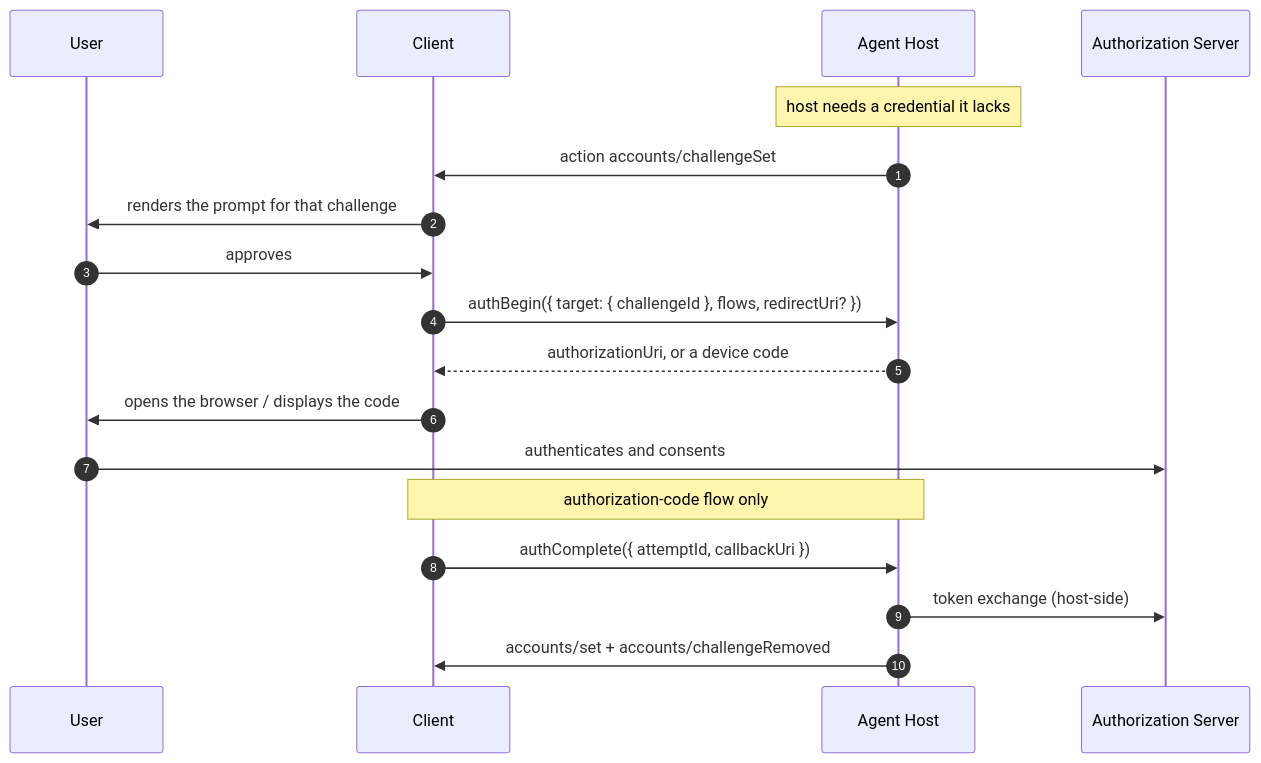
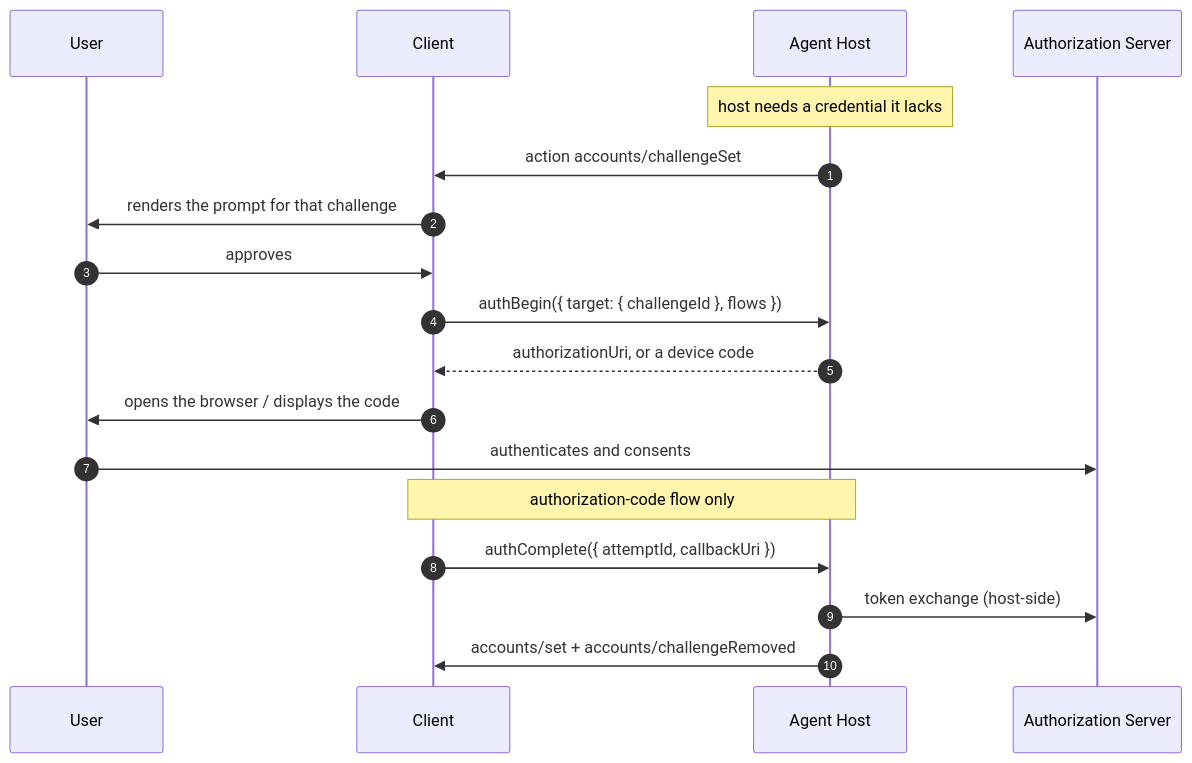
One commit to microsoft/agent-host-protocol changed the first of 4 diagrams in docs/proposals/host-owned-auth.md. Above: the diagram before and after it, drawn with Mermaid. The commit also changed other lines of this file, not shown here.

````diff
--- a/docs/proposals/host-owned-auth.md
+++ b/docs/proposals/host-owned-auth.md
@@ -196,21 +196,21 @@
 ```mermaid
 sequenceDiagram
     autonumber
     participant U as User
     participant C as Client
     participant H as Agent Host
     participant AS as Authorization Server
 
     Note over H: host needs a credential it lacks
     H->>C: action accounts/challengeSet
     C->>U: renders the prompt for that challenge
     U->>C: approves
-    C->>H: authBegin({ target: { challengeId }, flows, redirectUri? })
+    C->>H: authBegin({ target: { challengeId }, flows })
     H-->>C: authorizationUri, or a device code
     C->>U: opens the browser / displays the code
     U->>AS: authenticates and consents
     Note over C,H: authorization-code flow only
     C->>H: authComplete({ attemptId, callbackUri })
     H->>AS: token exchange (host-side)
     H->>C: accounts/set + accounts/challengeRemoved
 ```
````
